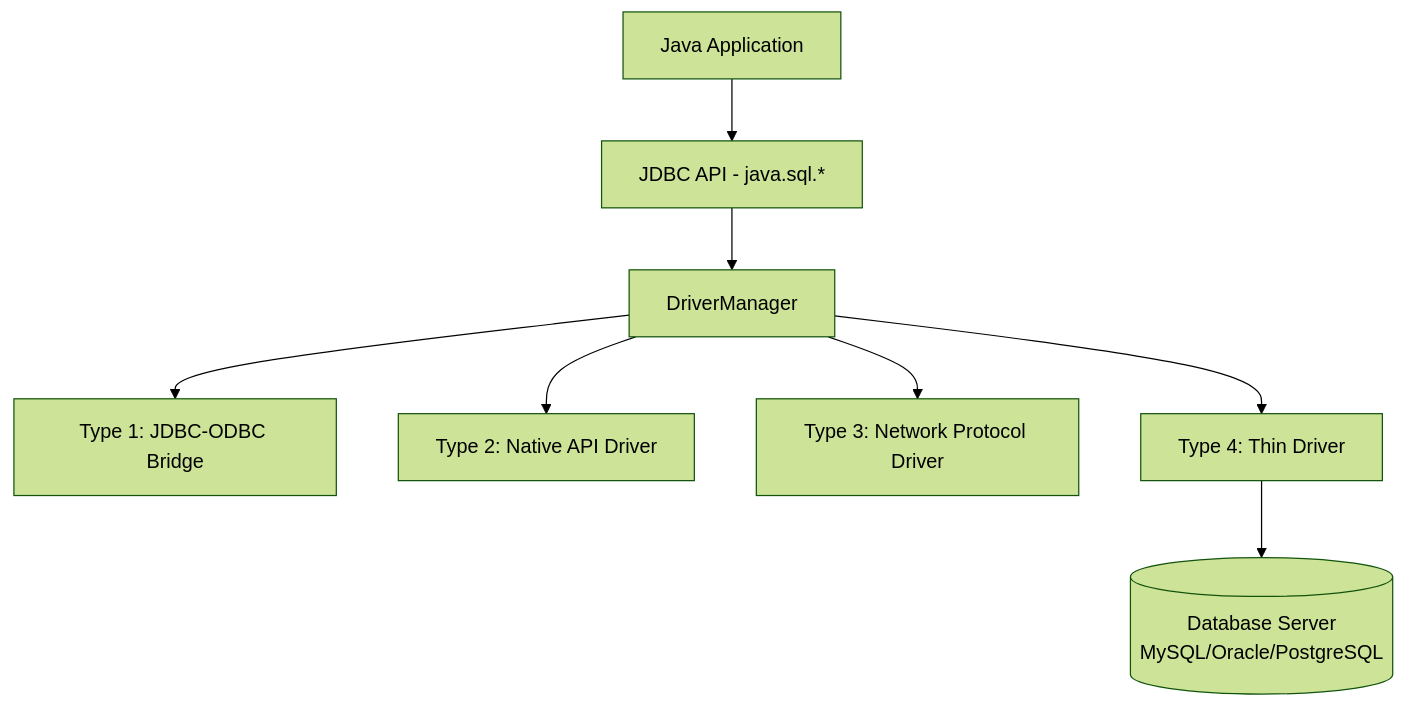
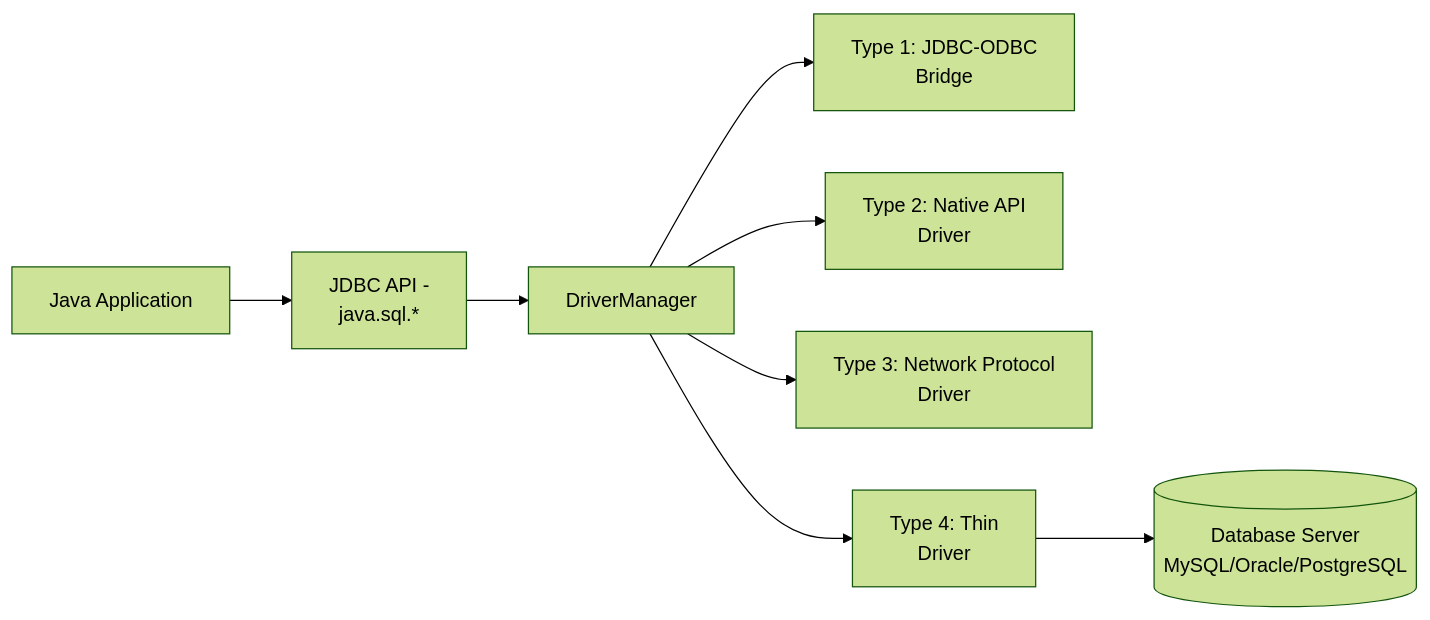
The first of 2 diagrams in 02-Semester-VI/CS-351-MJ-T-Advanced-Java/Unit-3.md (amitdevx/TY), drawn with Mermaid (forest theme) before and after one commit. The commit also changed other lines of this file and 65 other files, not shown here.

Commit message:
fix:graph vertical

````diff
--- a/02-Semester-VI/CS-351-MJ-T-Advanced-Java/Unit-3.md
+++ b/02-Semester-VI/CS-351-MJ-T-Advanced-Java/Unit-3.md
@@ -43,10 +43,10 @@
 ```mermaid
-graph TD
-  APP[Java Application] --> JDBCAPI[JDBC API - java.sql.*]
+graph LR
+  APP[Java Application] --> JDBCAPI[JDBC API -<br/>java.sql.*]
   JDBCAPI --> DM[DriverManager]
-  DM --> D1[Type 1: JDBC-ODBC Bridge]
-  DM --> D2[Type 2: Native API Driver]
-  DM --> D3[Type 3: Network Protocol Driver]
-  DM --> D4[Type 4: Thin Driver ]
+  DM --> D1[Type 1: JDBC-ODBC<br/>Bridge]
+  DM --> D2[Type 2: Native API<br/>Driver]
+  DM --> D3[Type 3: Network Protocol<br/>Driver]
+  DM --> D4[Type 4: Thin<br/>Driver ]
   D4 --> DB[(Database Server<br/>MySQL/Oracle/PostgreSQL)]
 ```
````
